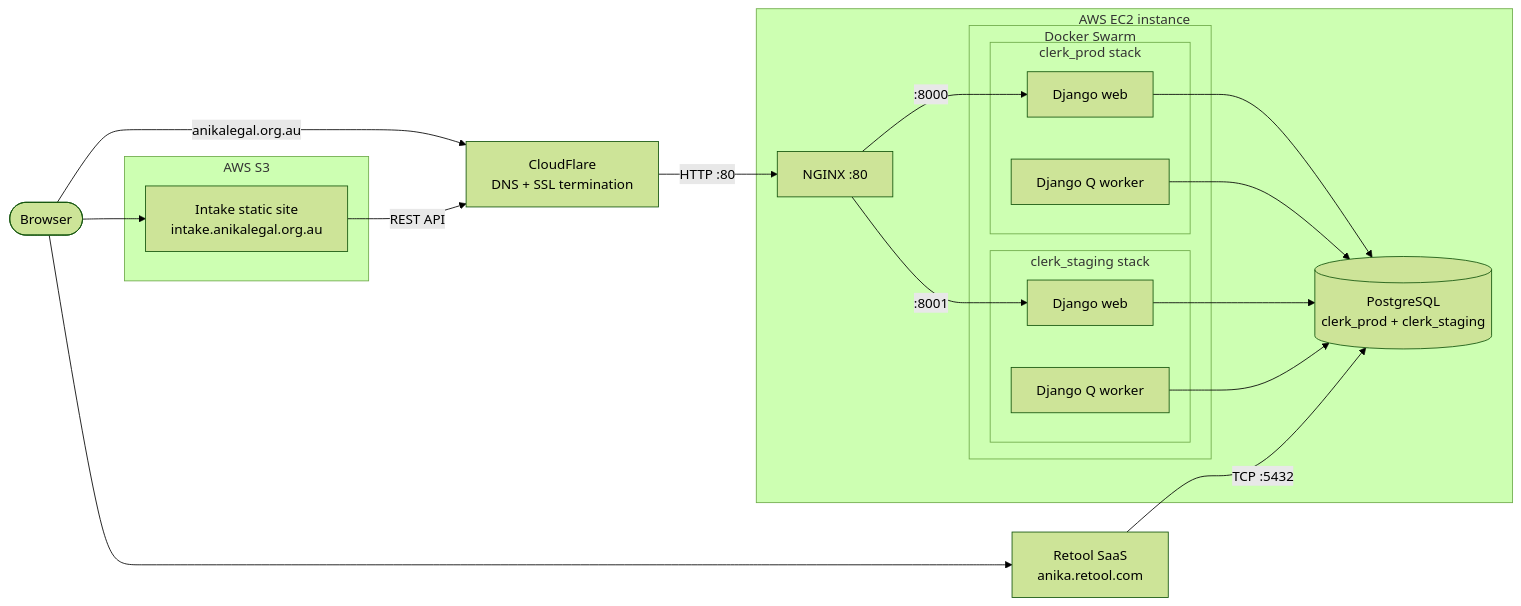
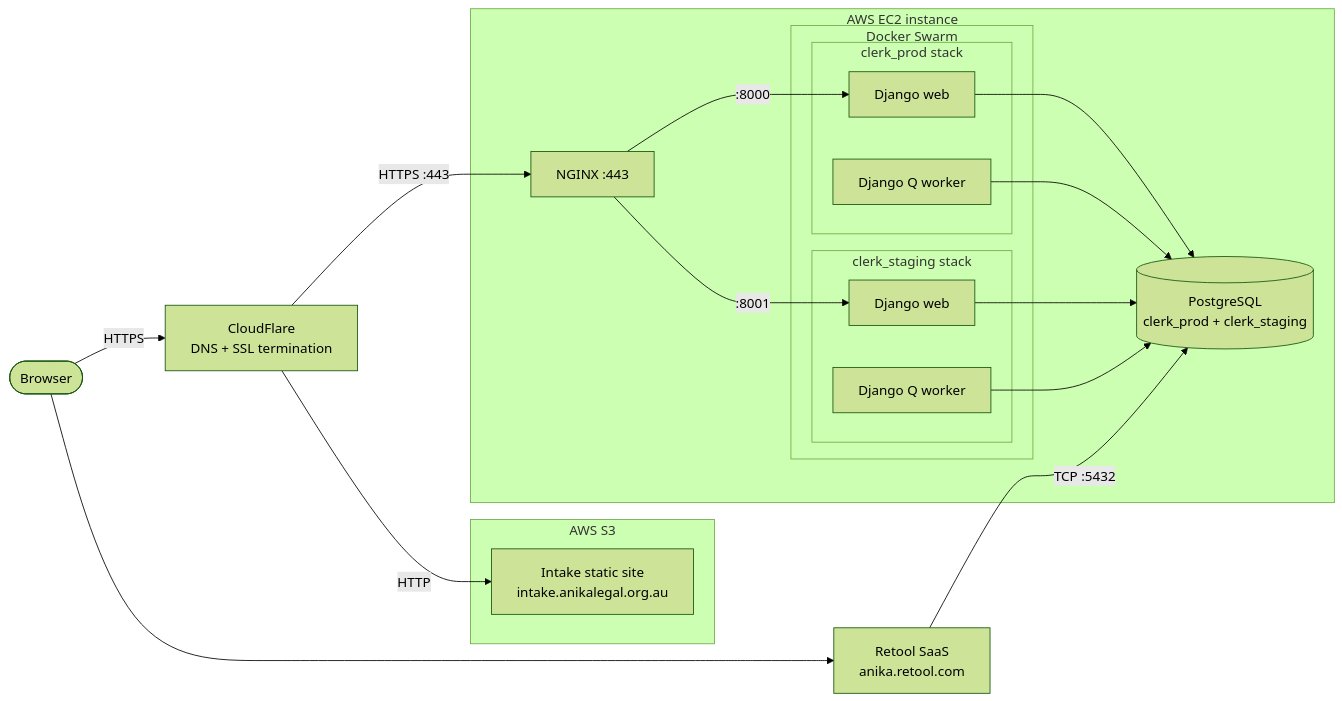
The diagram in docs/infra.md (AnikaLegal/clerk), drawn with Mermaid (forest theme) before and after one commit. The commit also changed other lines of this file and 1 other file, not shown here.

Commit message:
feat(infra): serve the origin over HTTPS only
Cloudflare now connects to the origin on 443 in Full (strict) mode,
and the security group no longer allows port 80, so nginx stops
listening on it.

docs/infra.md shows the HTTPS leg, routes the intake site through
Cloudflare in the diagram, and describes the security group: only
Cloudflare's published ranges reach 443, and Always Use HTTPS and the
intake sites' Flexible rule must stay in place.

Refs TEC-2326

````diff
--- a/docs/infra.md
+++ b/docs/infra.md
@@ -7,39 +7,38 @@
 ```mermaid
 flowchart LR
     user([Browser])
     retool["Retool SaaS<br>anika.retool.com"]
 
     subgraph s3["AWS S3"]
         intake["Intake static site<br>intake.anikalegal.org.au"]
     end
 
     cloudflare["CloudFlare<br>DNS + SSL termination"]
 
     subgraph ec2["AWS EC2 instance"]
-        nginx["NGINX :80"]
+        nginx["NGINX :443"]
         subgraph swarm["Docker Swarm"]
             subgraph stack_prod["clerk_prod stack"]
                 web_prod["Django web"]
                 worker_prod["Django Q worker"]
             end
             subgraph stack_staging["clerk_staging stack"]
                 web_staging["Django web"]
                 worker_staging["Django Q worker"]
             end
         end
         postgres[("PostgreSQL<br>clerk_prod + clerk_staging")]
     end
 
-    user -->|"anikalegal.org.au"| cloudflare
-    user --> intake
+    user -->|"HTTPS"| cloudflare
     user --> retool
-    intake -->|"REST API"| cloudflare
-    cloudflare -->|"HTTP :80"| nginx
+    cloudflare -->|"HTTP"| intake
+    cloudflare -->|"HTTPS :443"| nginx
     nginx -->|":8000"| web_prod
     nginx -->|":8001"| web_staging
     web_prod --> postgres
     worker_prod --> postgres
     web_staging --> postgres
     worker_staging --> postgres
     retool -->|"TCP :5432"| postgres
 ```
````
